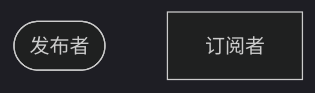
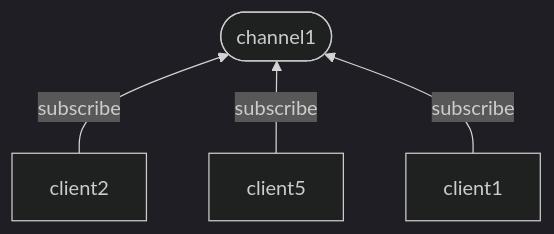
The third of 4 diagrams in docs/java/redis-tutorial.md (ma5d/ma5d.github.io), drawn with Mermaid (dark theme) before and after one commit. The commit also changed other lines of this file, not shown here.

````diff
--- a/docs/java/redis-tutorial.md
+++ b/docs/java/redis-tutorial.md
@@ -695,5 +695,10 @@
 ```mermaid
-graph TD
-    A([发布者])
-    B[订阅者]
+graph BT
+    A([channel1])
+    B[client2]
+    C[client5]
+    D[client1]
+    B-- subscribe --> A
+    C-- subscribe --> A
+    D-- subscribe --> A
 ```
````
